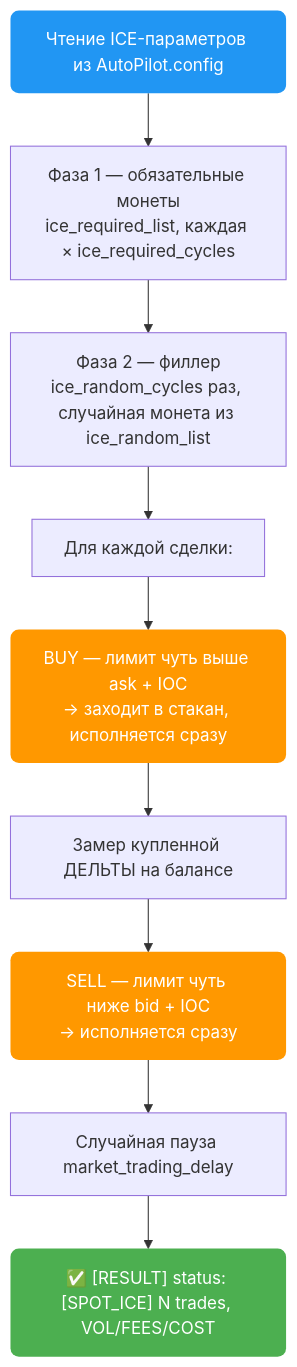
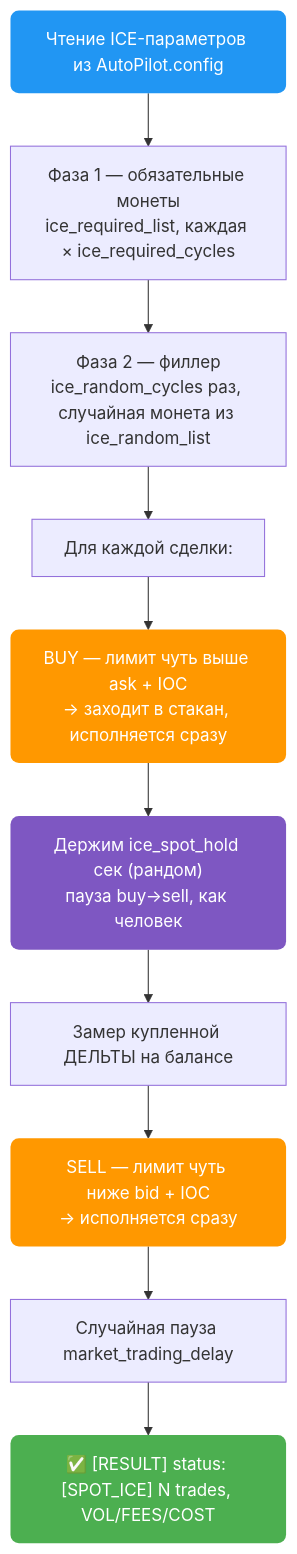
Before and after one commit to AutoPilotSoftware/docs: the first of 5 diagrams in src/content/docs/exchanges/bybit-autopilot/ice.md, drawn with Mermaid. The commit also changed other lines of this file, not shown here.

First line of the commit message:
docs(ice): ice_spot_hold + sell_ice sees-all-coins + dry timing

````diff
--- a/src/content/docs/exchanges/bybit-autopilot/ice.md
+++ b/src/content/docs/exchanges/bybit-autopilot/ice.md
@@ -68,15 +71,17 @@
 ```mermaid
 flowchart TD
     A["Чтение ICE-параметров из AutoPilot.config"] --> B["Фаза 1 — обязательные монеты<br/>ice_required_list, каждая × ice_required_cycles"]
     B --> C["Фаза 2 — филлер<br/>ice_random_cycles раз, случайная монета из ice_random_list"]
     C --> D["Для каждой сделки:"]
     D --> E["BUY — лимит чуть выше ask + IOC<br/>→ заходит в стакан, исполняется сразу"]
-    E --> F["Замер купленной ДЕЛЬТЫ на балансе"]
+    E --> EH["Держим ice_spot_hold сек (рандом)<br/>пауза buy→sell, как человек"]
+    EH --> F["Замер купленной ДЕЛЬТЫ на балансе"]
     F --> G["SELL — лимит чуть ниже bid + IOC<br/>→ исполняется сразу"]
     G --> H["Случайная пауза market_trading_delay"]
     H --> I["✅ [RESULT] status: [SPOT_ICE] N trades, VOL/FEES/COST"]
     style A fill:#2196F3,color:#fff,stroke:none,rx:8
     style E fill:#FF9800,color:#fff,stroke:none,rx:8
+    style EH fill:#7E57C2,color:#fff,stroke:none,rx:8
     style G fill:#FF9800,color:#fff,stroke:none,rx:8
     style I fill:#4CAF50,color:#fff,stroke:none,rx:8
 ```
````
